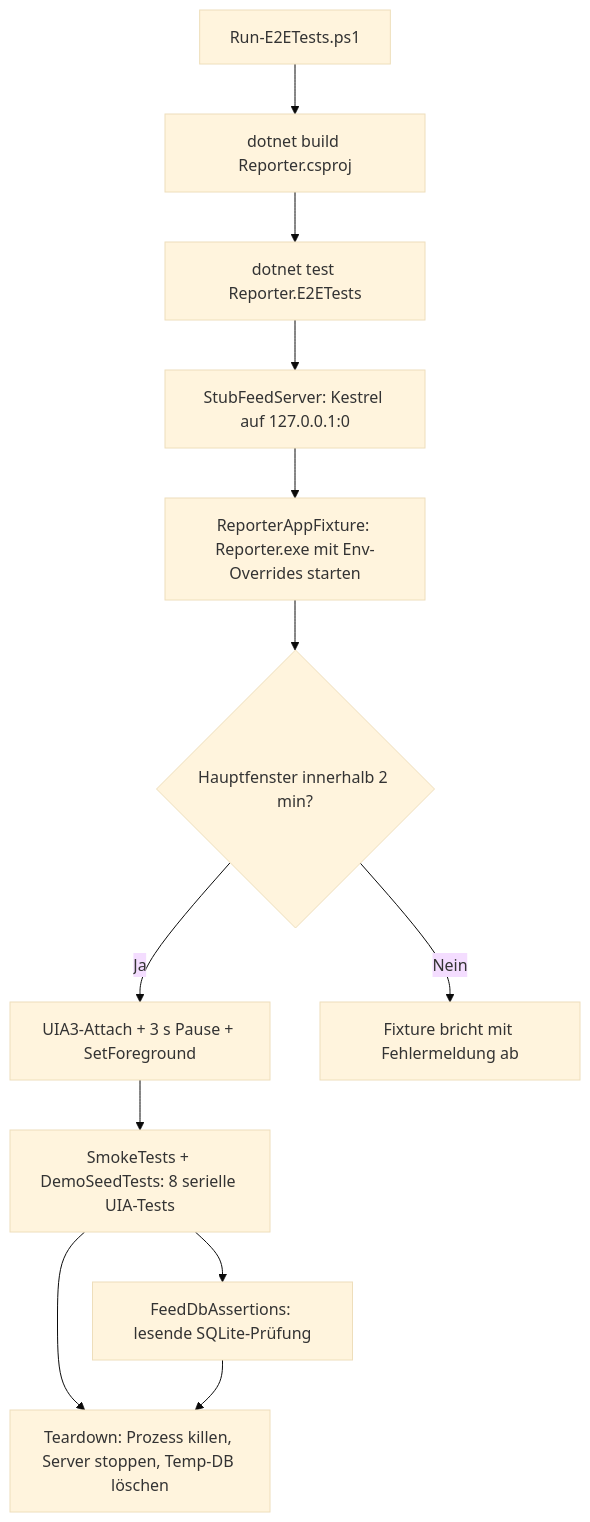
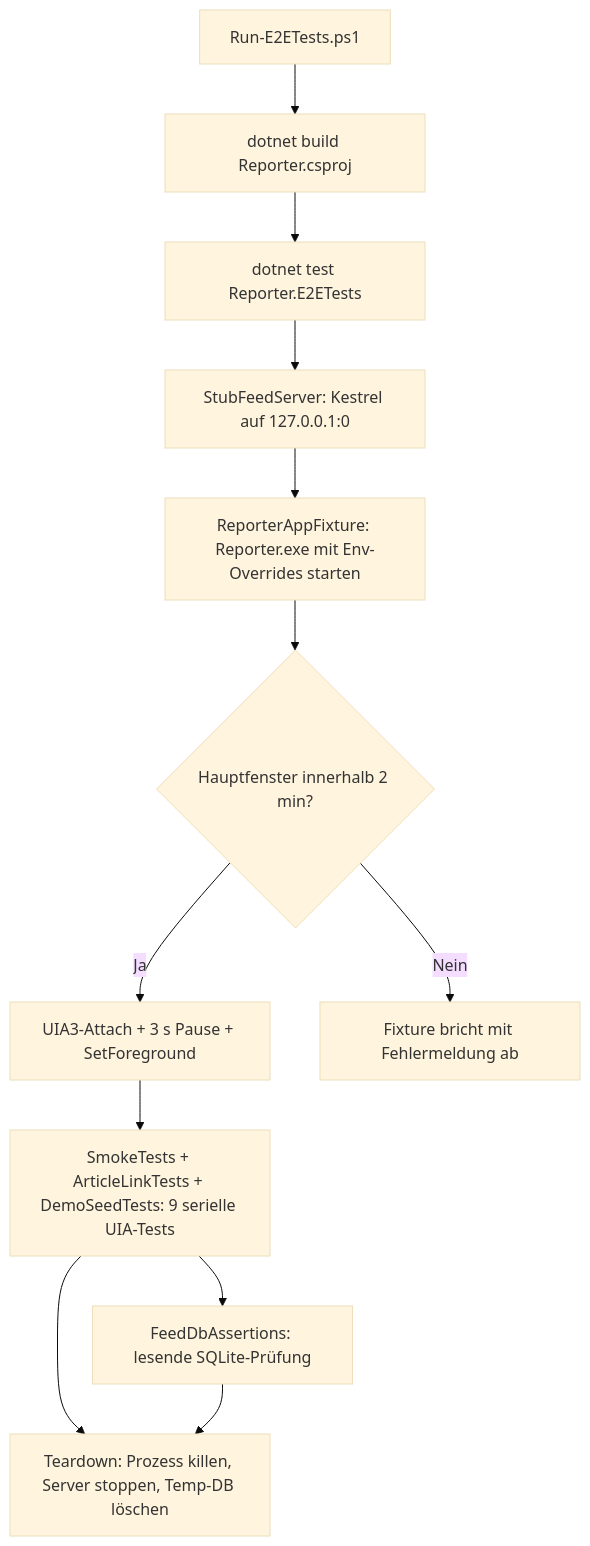
The diagram in docs/help/tests/ablauf-technisch.md (martin-stromberg/Reporter), drawn with Mermaid (base theme) before and after one commit. The commit also changed other lines of this file and 57 other files, not shown here.

````diff
--- a/docs/help/tests/ablauf-technisch.md
+++ b/docs/help/tests/ablauf-technisch.md
@@ -68,14 +71,14 @@
 ```mermaid
 flowchart TD
     A[Run-E2ETests.ps1] --> B[dotnet build Reporter.csproj]
     B --> C[dotnet test Reporter.E2ETests]
     C --> D[StubFeedServer: Kestrel auf 127.0.0.1:0]
     D --> E[ReporterAppFixture: Reporter.exe mit Env-Overrides starten]
     E --> F{Hauptfenster innerhalb 2 min?}
     F -- Ja --> G[UIA3-Attach + 3 s Pause + SetForeground]
     F -- Nein --> H[Fixture bricht mit Fehlermeldung ab]
-    G --> I[SmokeTests + DemoSeedTests: 8 serielle UIA-Tests]
+    G --> I[SmokeTests + ArticleLinkTests + DemoSeedTests: 9 serielle UIA-Tests]
     I --> J[FeedDbAssertions: lesende SQLite-Prüfung]
     I --> K[Teardown: Prozess killen, Server stoppen, Temp-DB löschen]
     J --> K
 ```
````
